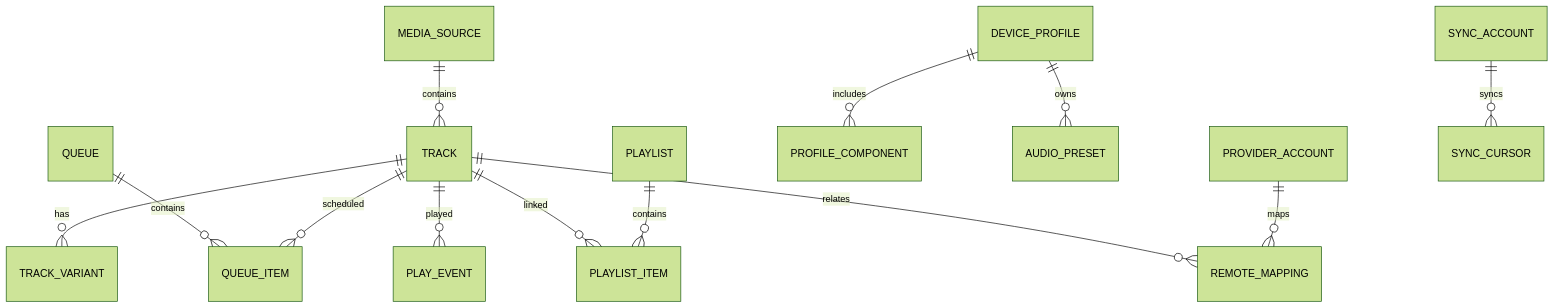
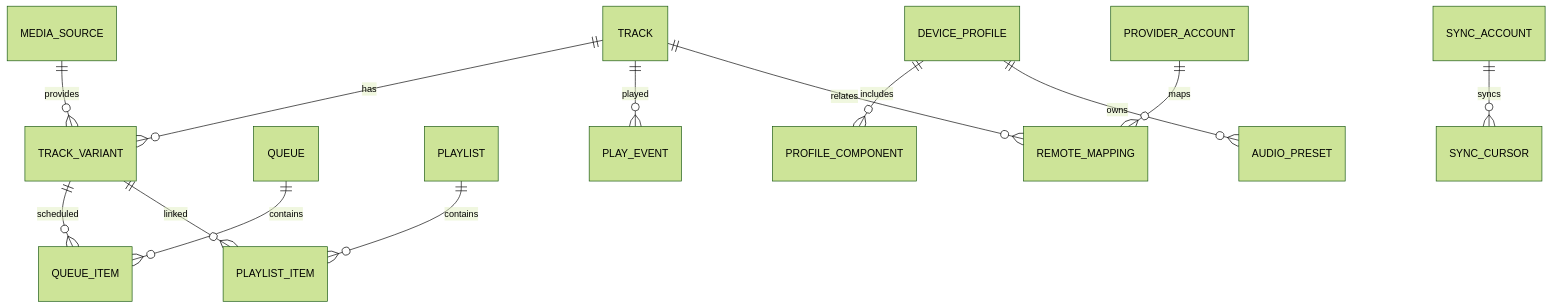
The fourth of 7 diagrams in docs/specifications/02_basic_design.md (4rtoflow/Audipp), drawn with Mermaid (forest theme) before and after one commit. The commit also changed other lines of this file and 11 other files, not shown here.

````diff
--- a/docs/specifications/02_basic_design.md
+++ b/docs/specifications/02_basic_design.md
@@ -174,15 +180,15 @@
 ```mermaid
 erDiagram
-  MEDIA_SOURCE ||--o{ TRACK : contains
+  MEDIA_SOURCE ||--o{ TRACK_VARIANT : provides
   TRACK ||--o{ TRACK_VARIANT : has
-  TRACK ||--o{ QUEUE_ITEM : scheduled
+  TRACK_VARIANT ||--o{ QUEUE_ITEM : scheduled
   QUEUE ||--o{ QUEUE_ITEM : contains
   PLAYLIST ||--o{ PLAYLIST_ITEM : contains
-  TRACK ||--o{ PLAYLIST_ITEM : linked
+  TRACK_VARIANT ||--o{ PLAYLIST_ITEM : linked
   TRACK ||--o{ PLAY_EVENT : played
   DEVICE_PROFILE ||--o{ PROFILE_COMPONENT : includes
   DEVICE_PROFILE ||--o{ AUDIO_PRESET : owns
   PROVIDER_ACCOUNT ||--o{ REMOTE_MAPPING : maps
   TRACK ||--o{ REMOTE_MAPPING : relates
   SYNC_ACCOUNT ||--o{ SYNC_CURSOR : syncs
 ```
````
